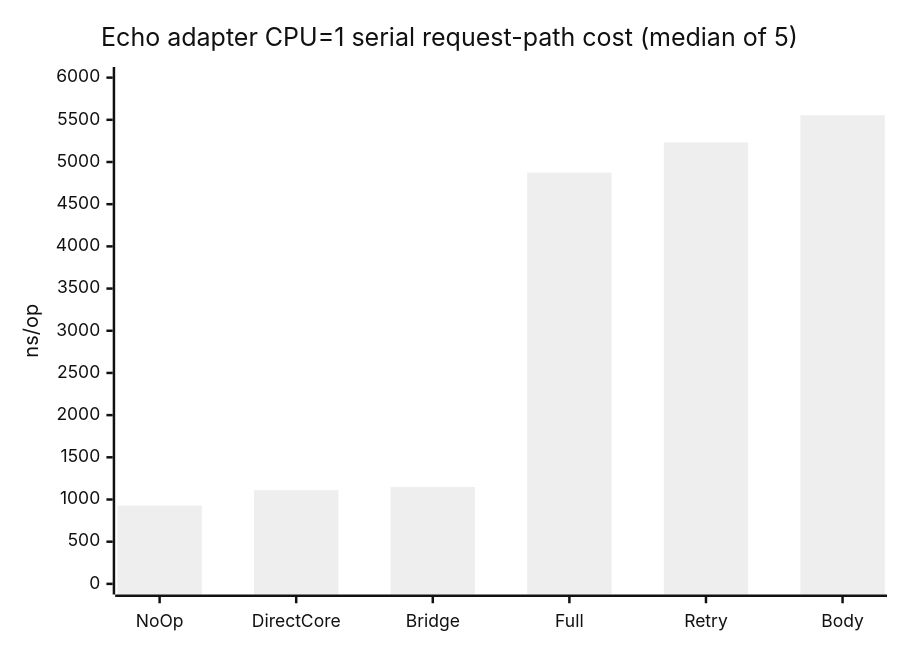
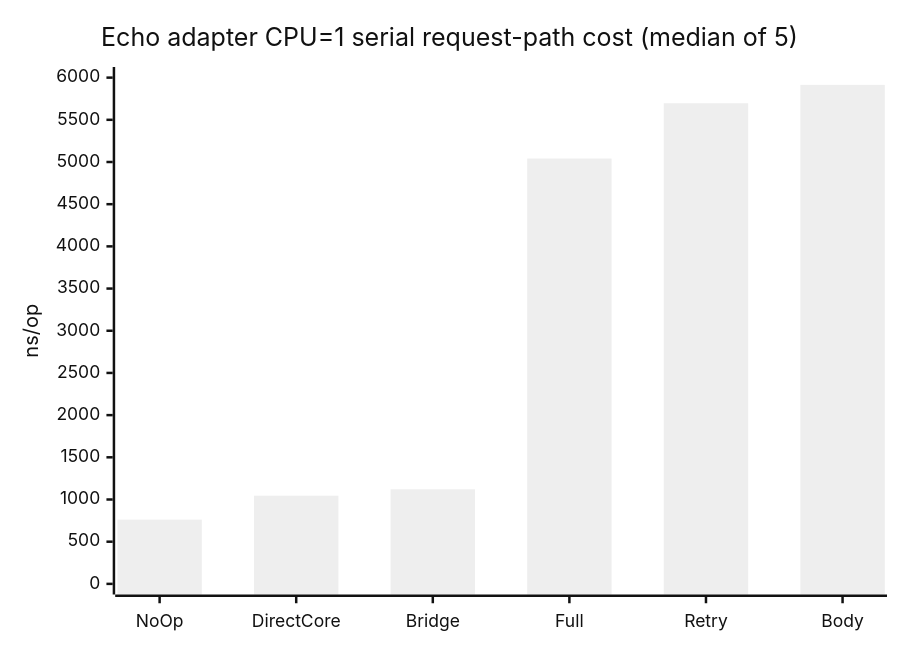
One commit to bluetape4k/bluetape-go changed the diagram in docs/research/outputs/issue-544/README.md. Above: the diagram before and after it, drawn with Mermaid (neutral theme). The commit also changed other lines of this file and 1 other file, not shown here.

````diff
--- a/docs/research/outputs/issue-544/README.md
+++ b/docs/research/outputs/issue-544/README.md
@@ -33,7 +33,7 @@
 ```mermaid
 xychart-beta
     title "Echo adapter CPU=1 serial request-path cost (median of 5)"
     x-axis ["NoOp", "DirectCore", "Bridge", "Full", "Retry", "Body"]
     y-axis "ns/op" 0 --> 6000
-    bar [929, 1110, 1148, 4875, 5232, 5554]
+    bar [761, 1045, 1121, 5041, 5696, 5914]
 ```
````
